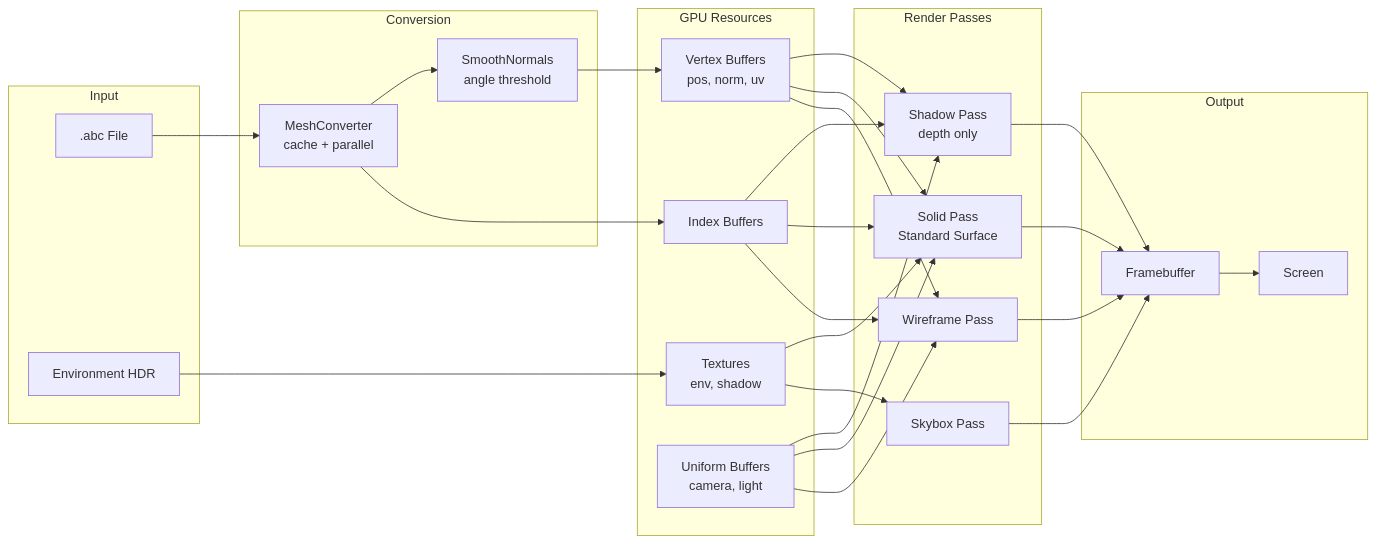
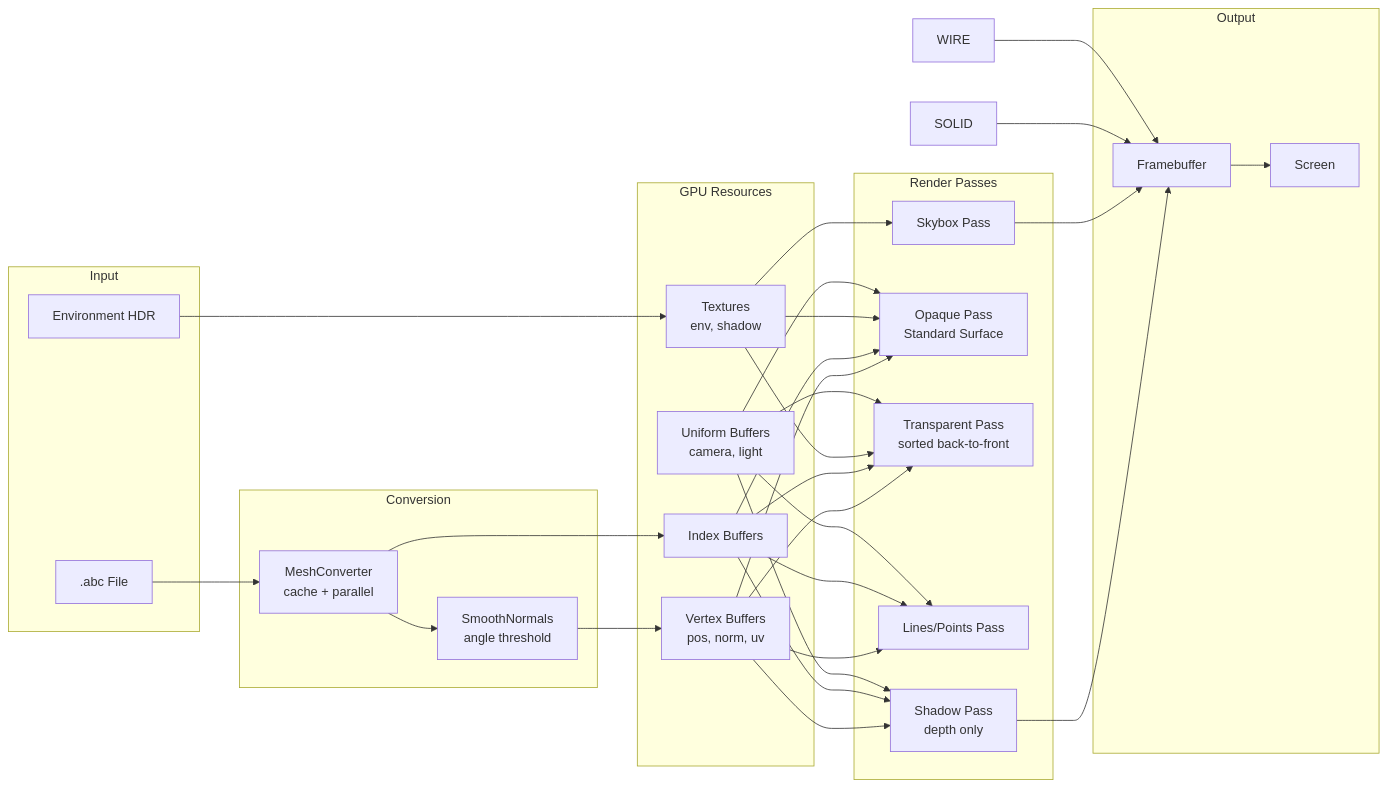
The seventh of 15 diagrams in DIAGRAMS.md (ssoj13/alembic-rs), drawn with Mermaid before and after one commit. The commit also changed 6 other files, not shown here.

````diff
--- a/DIAGRAMS.md
+++ b/DIAGRAMS.md
@@ -211,55 +211,60 @@
 ```mermaid
 graph LR
     subgraph "Input"
         ABC_FILE[.abc File]
         HDR[Environment HDR]
     end
 
     subgraph "Conversion"
         MESH_CONV[MeshConverter<br/>cache + parallel]
         NORM_CALC[SmoothNormals<br/>angle threshold]
     end
 
     subgraph "GPU Resources"
         VBO[Vertex Buffers<br/>pos, norm, uv]
         IBO[Index Buffers]
         TEX[Textures<br/>env, shadow]
         UBO[Uniform Buffers<br/>camera, light]
     end
 
     subgraph "Render Passes"
         SHADOW[Shadow Pass<br/>depth only]
-        SOLID[Solid Pass<br/>Standard Surface]
-        WIRE[Wireframe Pass]
+        OPAQUE[Opaque Pass<br/>Standard Surface]
+        TRANSPARENT[Transparent Pass<br/>sorted back-to-front]
+        LINES[Lines/Points Pass]
         SKY[Skybox Pass]
     end
 
     subgraph "Output"
         FB[Framebuffer]
         SCREEN[Screen]
     end
 
     ABC_FILE --> MESH_CONV
     MESH_CONV --> NORM_CALC
     NORM_CALC --> VBO
     MESH_CONV --> IBO
     HDR --> TEX
 
     VBO --> SHADOW
-    VBO --> SOLID
-    VBO --> WIRE
+    VBO --> OPAQUE
+    VBO --> TRANSPARENT
+    VBO --> LINES
     IBO --> SHADOW
-    IBO --> SOLID
-    IBO --> WIRE
-    TEX --> SOLID
+    IBO --> OPAQUE
+    IBO --> TRANSPARENT
+    IBO --> LINES
+    TEX --> OPAQUE
+    TEX --> TRANSPARENT
     TEX --> SKY
     UBO --> SHADOW
-    UBO --> SOLID
-    UBO --> WIRE
+    UBO --> OPAQUE
+    UBO --> TRANSPARENT
+    UBO --> LINES
 
     SHADOW --> FB
     SKY --> FB
     SOLID --> FB
     WIRE --> FB
     FB --> SCREEN
 ```
````
